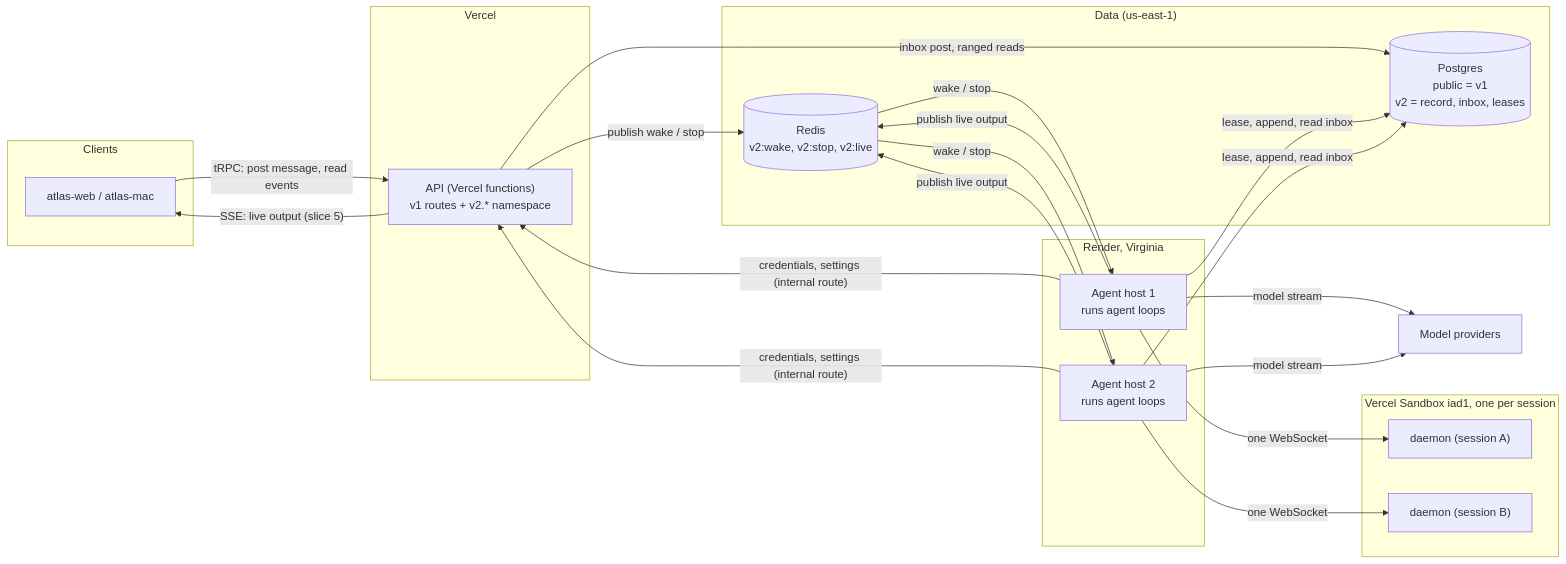
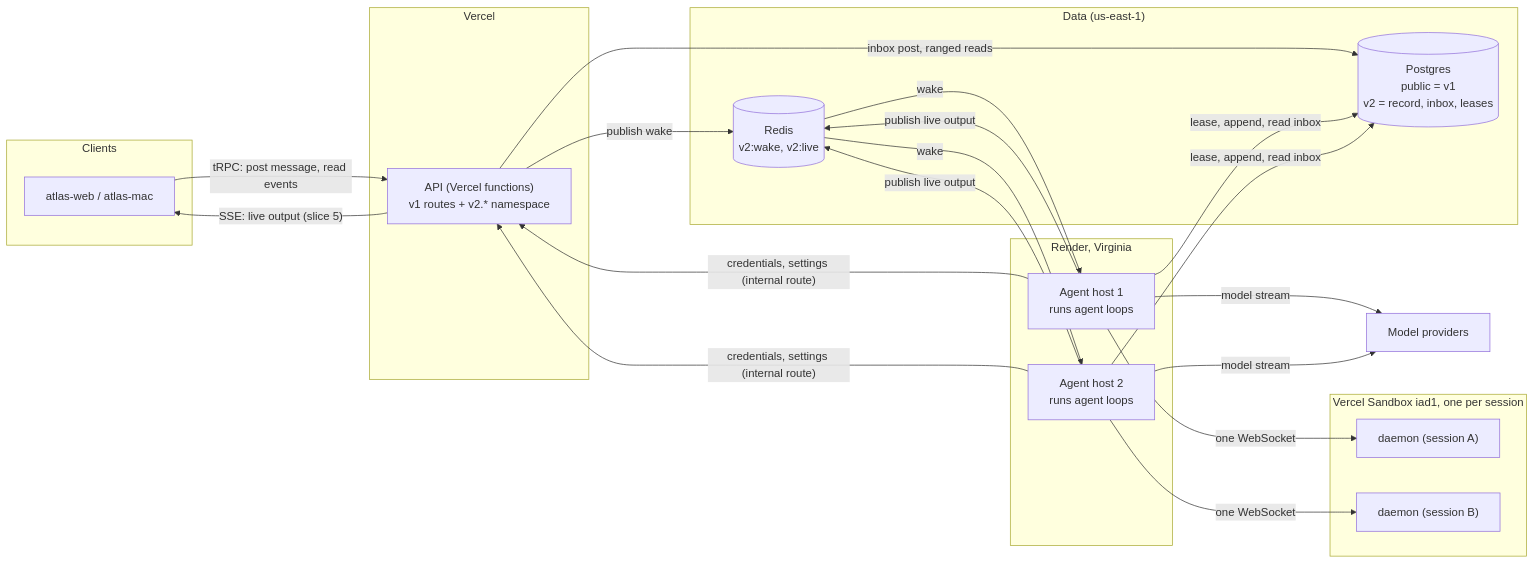
One commit to dennisofficial/atlas changed the first of 3 diagrams in docs/v2/slices/03-agent-host.md. Above: the diagram before and after it, drawn with Mermaid. The commit also changed other lines of this file, not shown here.

````diff
--- a/docs/v2/slices/03-agent-host.md
+++ b/docs/v2/slices/03-agent-host.md
@@ -93,34 +93,34 @@
 ```mermaid
 flowchart LR
   subgraph Clients
     C["atlas-web / atlas-mac"]
   end
   subgraph Vercel
     API["API (Vercel functions)<br/>v1 routes + v2.* namespace"]
   end
   subgraph Data["Data (us-east-1)"]
     PG[("Postgres<br/>public = v1<br/>v2 = record, inbox, leases")]
-    R[("Redis<br/>v2:wake, v2:stop, v2:live")]
+    R[("Redis<br/>v2:wake, v2:live")]
   end
   subgraph Render["Render, Virginia"]
     W1["Agent host 1<br/>runs agent loops"]
     W2["Agent host 2<br/>runs agent loops"]
   end
   subgraph Sandboxes["Vercel Sandbox iad1, one per session"]
     D1["daemon (session A)"]
     D2["daemon (session B)"]
   end
   LLM["Model providers"]
 
   C -- "tRPC: post message, read events" --> API
   API -- "SSE: live output (slice 5)" --> C
   API -- "inbox post, ranged reads" --> PG
-  API -- "publish wake / stop" --> R
-  R -- "wake / stop" --> W1 & W2
+  API -- "publish wake" --> R
+  R -- "wake" --> W1 & W2
   W1 & W2 -- "publish live output" --> R
   W1 & W2 -- "lease, append, read inbox" --> PG
   W1 & W2 -- "credentials, settings (internal route)" --> API
   W1 & W2 -- "model stream" --> LLM
   W1 -- "one WebSocket" --> D1
   W2 -- "one WebSocket" --> D2
 ```
````
